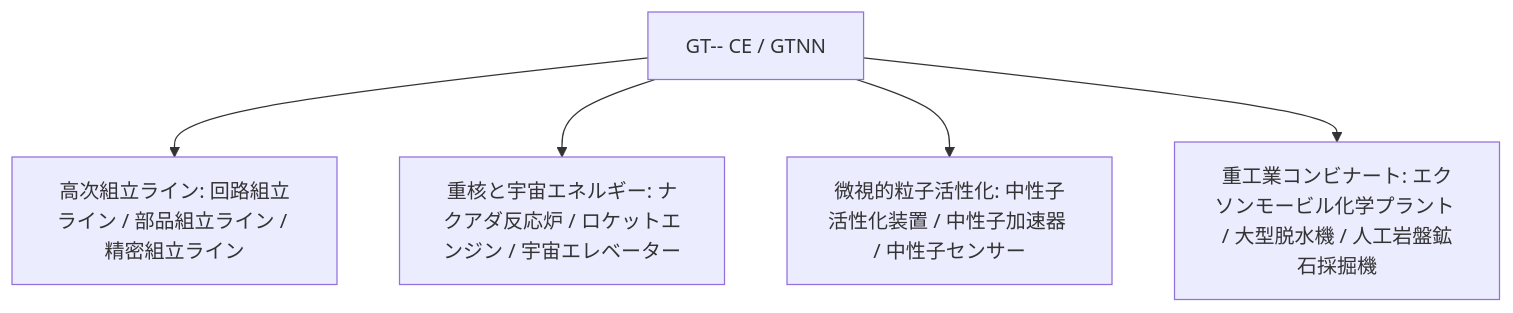
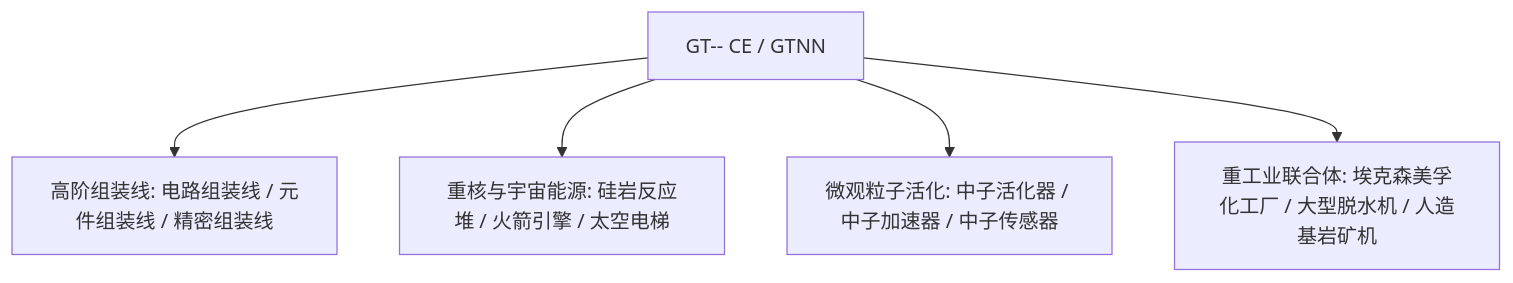
One commit to takanashisatou/GregtechEasy changed the diagram in docs/ja/gt-minus-minus/index.md. Above: the diagram before and after it, drawn with Mermaid. The commit also changed other lines of this file and 144 other files, not shown here.

````diff
--- a/docs/ja/gt-minus-minus/index.md
+++ b/docs/ja/gt-minus-minus/index.md
@@ -12,7 +12,7 @@
 ```mermaid
 graph TD
-    A[GT-- CE / GTNN] --> B[高次組立ライン: 回路組立ライン / 部品組立ライン / 精密組立ライン]
-    A --> C[重核と宇宙エネルギー: ナクアダ反応炉 / ロケットエンジン / 宇宙エレベーター]
-    A --> D[微視的粒子活性化: 中性子活性化装置 / 中性子加速器 / 中性子センサー]
-    A --> E[重工業コンビナート: エクソンモービル化学プラント / 大型脱水機 / 人工岩盤鉱石採掘機]
+    A[GT-- CE / GTNN] --> B[高阶组装线: 电路组装线 / 元件组装线 / 精密组装线]
+    A --> C[重核与宇宙能源: 硅岩反应堆 / 火箭引擎 / 太空电梯]
+    A --> D[微观粒子活化: 中子活化器 / 中子加速器 / 中子传感器]
+    A --> E[重工业联合体: 埃克森美孚化工厂 / 大型脱水机 / 人造基岩矿机]
 ```
````
